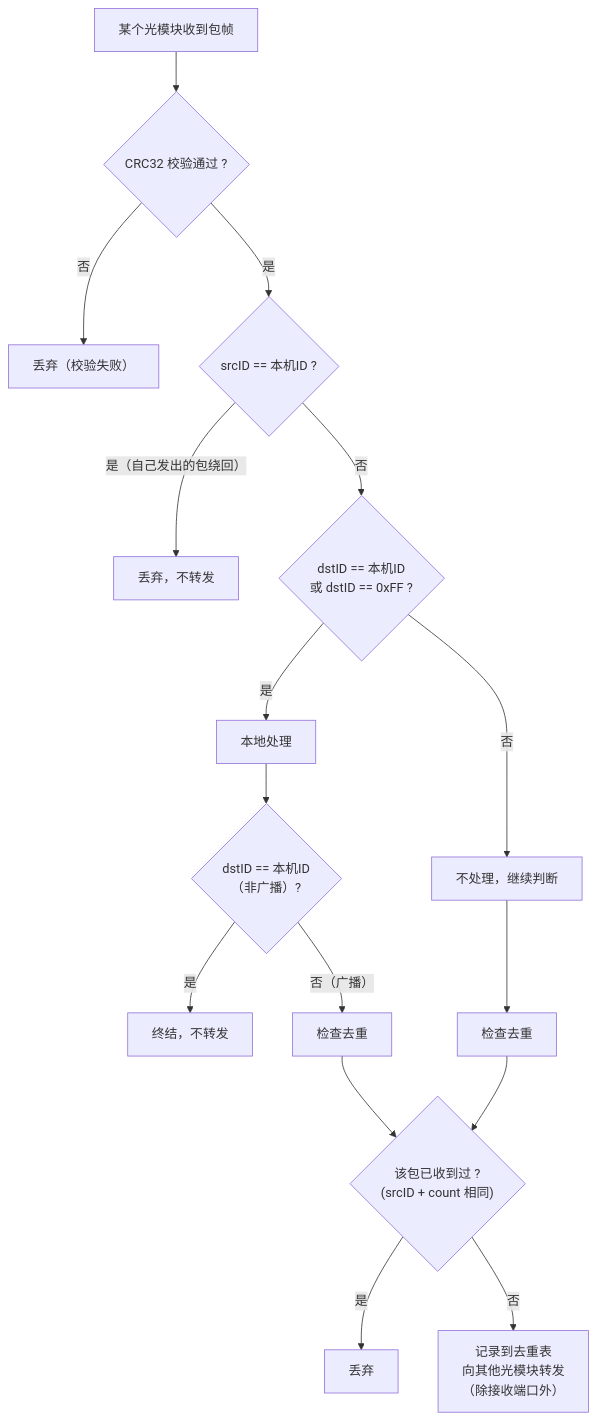
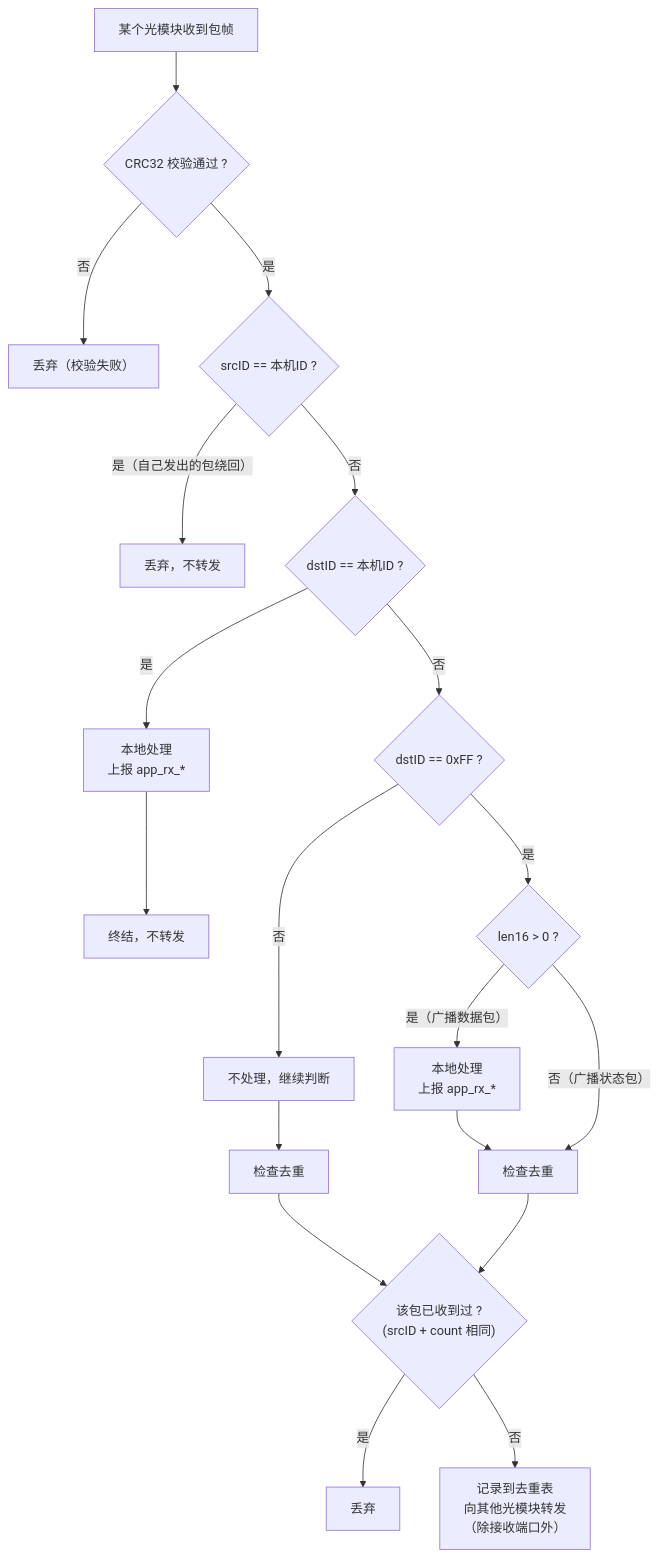
The third of 7 diagrams in docs/architecture.md (RBzhang/network_8), drawn with Mermaid before and after one commit. The commit also changed other lines of this file and 3 other files, not shown here.

````diff
--- a/docs/architecture.md
+++ b/docs/architecture.md
@@ -167,18 +167,21 @@
 ```mermaid
 flowchart TD
     R["某个光模块收到包帧"] --> CRC{"CRC32 校验通过 ?"}
     CRC -- 否 --> E0["丢弃（校验失败）"]
     CRC -- 是 --> S{"srcID == 本机ID ?"}
     S -- 是（自己发出的包绕回）--> E1["丢弃，不转发"]
-    S -- 否 --> C{"dstID == 本机ID<br/>或 dstID == 0xFF ?"}
-    C -- 是 --> A["本地处理"]
-    C -- 否 --> SKIP["不处理，继续判断"]
-    A --> D{"dstID == 本机ID<br/>（非广播）?"}
-    D -- 是 --> E2["终结，不转发"]
-    D -- 否（广播）--> DUP1["检查去重"]
+    S -- 否 --> C{"dstID == 本机ID ?"}
+    C -- 是 --> A["本地处理<br/>上报 app_rx_*"]
+    C -- 否 --> B{"dstID == 0xFF ?"}
+    B -- 否 --> SKIP["不处理，继续判断"]
+    B -- 是 --> L{"len16 > 0 ?"}
+    L -- 是（广播数据包）--> BA["本地处理<br/>上报 app_rx_*"]
+    L -- 否（广播状态包）--> DUP1["检查去重"]
+    A --> E2["终结，不转发"]
+    BA --> DUP1
     SKIP --> DUP2["检查去重"]
     DUP1 --> DUP{"该包已收到过 ?<br/>(srcID + count 相同)"}
     DUP2 --> DUP
     DUP -- 是 --> E3["丢弃"]
     DUP -- 否 --> FWD["记录到去重表<br/>向其他光模块转发<br/>（除接收端口外）"]
 ```
````
